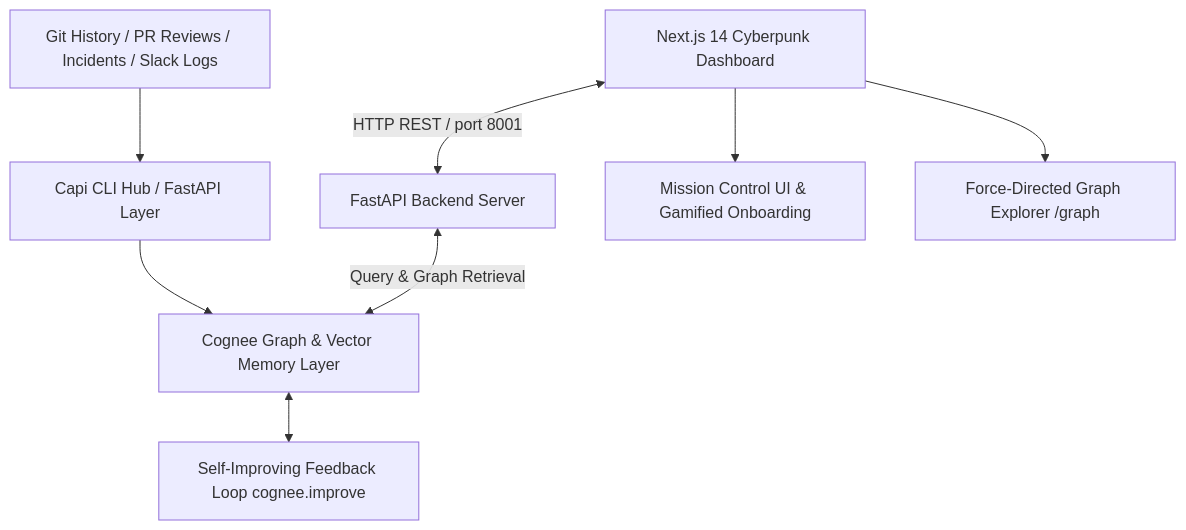
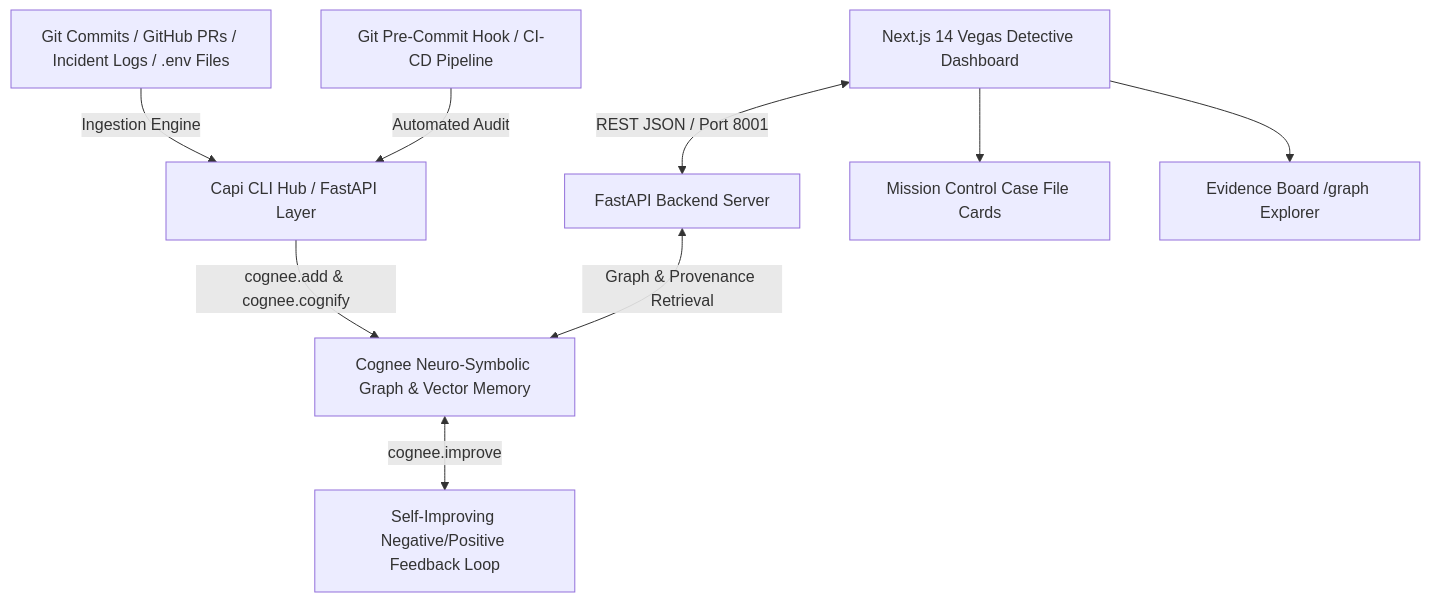
One commit to Akarshkushwaha/Capi changed the diagram in README.md. Above: the diagram before and after it, drawn with Mermaid. The commit also changed other lines of this file, not shown here.

Commit message:
docs: update comprehensive README with Vegas Detective UI, zero-cloning install methods, CLI commands, cloud deployment guides, and OWASP security hardening

````diff
--- a/README.md
+++ b/README.md
@@ -32,10 +44,11 @@
 ```mermaid
 graph TD
-    A[Git History / PR Reviews / Incidents / Slack Logs] --> B[Capi CLI Hub / FastAPI Layer]
-    B --> C[Cognee Graph & Vector Memory Layer]
-    C <--> D[Self-Improving Feedback Loop cognee.improve]
-    E[Next.js 14 Cyberpunk Dashboard] <-->|HTTP REST / port 8001| F[FastAPI Backend Server]
-    F <-->|Query & Graph Retrieval| C
-    E --> G[Mission Control UI & Gamified Onboarding]
-    E --> H[Force-Directed Graph Explorer /graph]
+    A[Git Commits / GitHub PRs / Incident Logs / .env Files] -->|Ingestion Engine| B[Capi CLI Hub / FastAPI Layer]
+    B -->|cognee.add & cognee.cognify| C[Cognee Neuro-Symbolic Graph & Vector Memory]
+    C <-->|cognee.improve| D[Self-Improving Negative/Positive Feedback Loop]
+    E[Next.js 14 Vegas Detective Dashboard] <-->|REST JSON / Port 8001| F[FastAPI Backend Server]
+    F <-->|Graph & Provenance Retrieval| C
+    E --> G[Mission Control Case File Cards]
+    E --> H[Evidence Board /graph Explorer]
+    I[Git Pre-Commit Hook / CI-CD Pipeline] -->|Automated Audit| B
 ```
````
